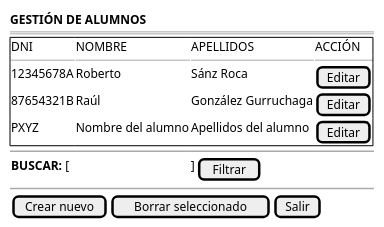
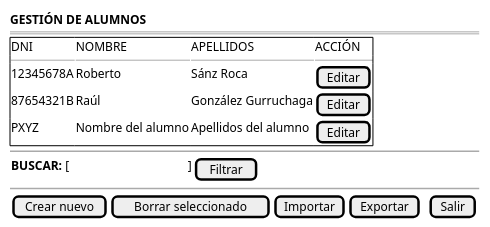
Before and after one commit to martinlopez7/25-26-IdSw1-SdR: the diagram in documents/casos-de-uso/prototipadoCasosDeUso/verAlumnos/verAlumnos.puml, drawn with PlantUML. The commit also changed 1 other file, not shown here.

Commit message:
fix(cu): Añadir botones de importar y exportar al caso de uso de verAlumnos [refs #98]

```diff
--- a/documents/casos-de-uso/prototipadoCasosDeUso/verAlumnos/verAlumnos.puml
+++ b/documents/casos-de-uso/prototipadoCasosDeUso/verAlumnos/verAlumnos.puml
@@ -1,17 +1,16 @@
 @startsalt abrirProfesores-wireframe
 { 
 <b>GESTIÓN DE ALUMNOS</b>  
 ===
 {+  DNI | NOMBRE | APELLIDOS | ACCIÓN
   --|--|--|--
   12345678A | Roberto | Sánz Roca | [Editar]
   87654321B | Raúl | González Gurruchaga | [Editar]  
  PXYZ | Nombre del alumno | Apellidos del alumno | [Editar]
   }
   ~~
-  {<b>BUSCAR:</b> [                                       ] | [Filtrar]}
+  {<b>BUSCAR:</b> [                                      ] | [Filtrar]}
   ~~
-  {[Crear nuevo] | [Borrar seleccionado] | [Salir]}
+  { [Crear nuevo] | [Borrar seleccionado] | [Importar] | [Exportar] | . | [Salir] }
 }
-
 @endsalt
```
